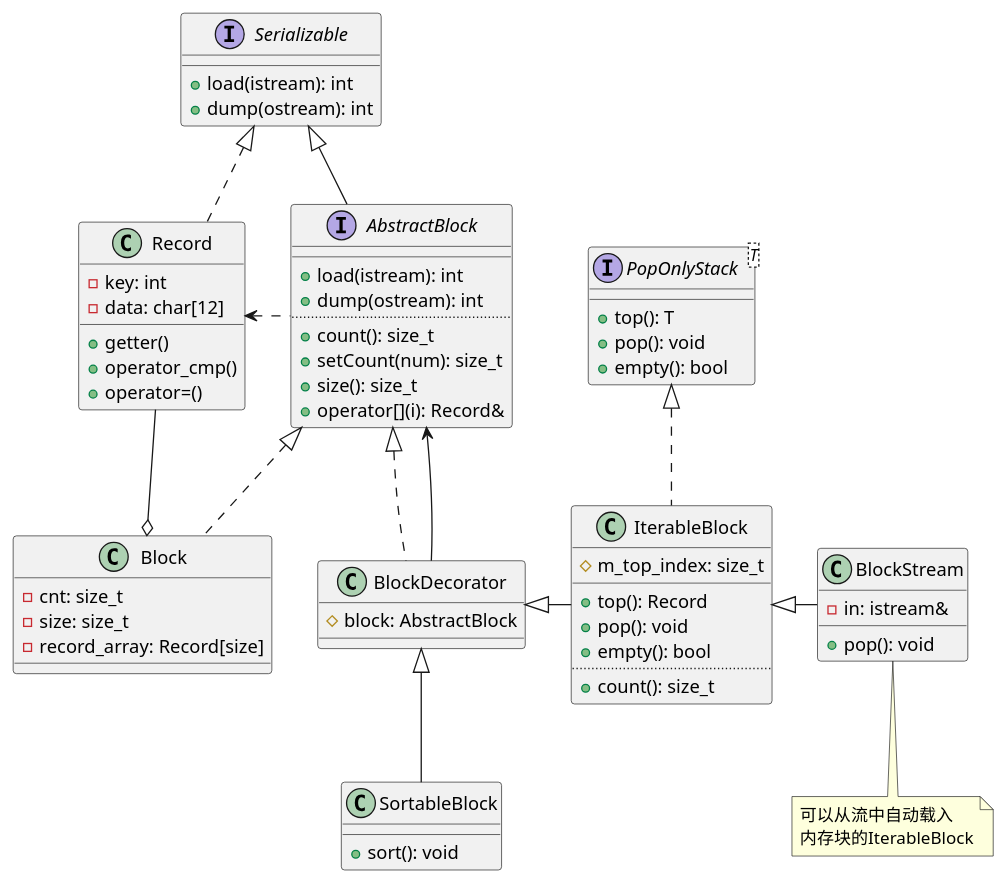
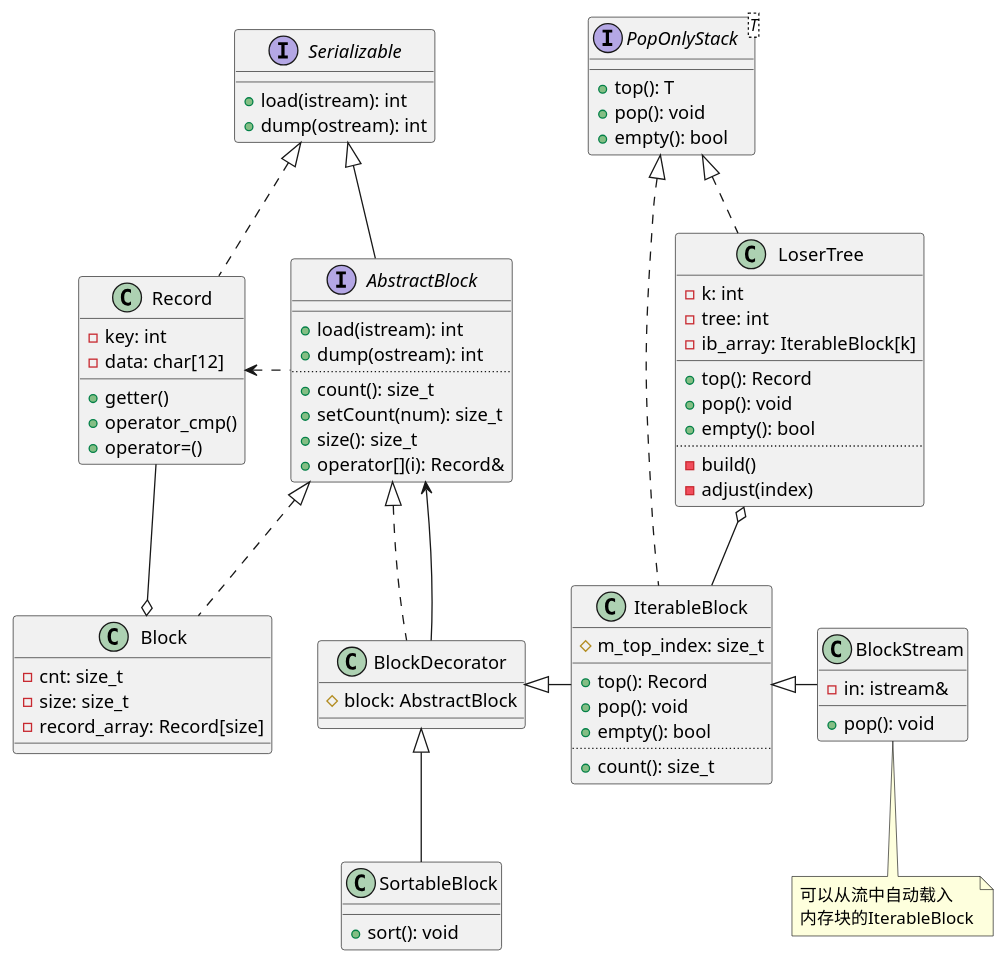
Before and after one commit to old6ix/HIT-Database-System-Labs: the diagram in docs/ClassDiagram.puml, drawn with PlantUML. The commit also changed 7 other files, not shown here.

```diff
--- a/docs/ClassDiagram.puml
+++ b/docs/ClassDiagram.puml
@@ -1,88 +1,104 @@
 interface Serializable
 {
     +load(istream): int
     +dump(ostream): int
 }
 
 class Record
 {
     -key: int
     -data: char[12]
     +getter()
     +operator_cmp()
     +operator=()
 }
 
 interface AbstractBlock
 {
     __
     +load(istream): int
     +dump(ostream): int
     ..
     +count(): size_t
     +setCount(num): size_t
     +size(): size_t
     +operator[](i): Record&
 }
 
 class Block
 {
     -cnt: size_t
     -size: size_t
     -record_array: Record[size]
 }
 
 class BlockDecorator
 {
     #block: AbstractBlock
 }
 
 class SortableBlock
 {
     +sort(): void
 }
 
 interface PopOnlyStack<T>
 {
     +top(): T
     +pop(): void
     +empty(): bool
 }
 
 class IterableBlock
 {
     #m_top_index: size_t
     __
     +top(): Record
     +pop(): void
     +empty(): bool
     ..
     +count(): size_t
 }
 
 class BlockStream
 {
     -in: istream&
     __
     +pop(): void
 }
 note bottom of BlockStream
     可以从流中自动载入
     内存块的IterableBlock
 endnote
 
+class LoserTree
+{
+    -k: int
+    -tree: int
+    -ib_array: IterableBlock[k]
+    __
+    +top(): Record
+    +pop(): void
+    +empty(): bool
+    ..
+    -build()
+    -adjust(index)
+}
+
 Serializable <|.. Record
 Serializable <|-- AbstractBlock
 AbstractBlock <|.. BlockDecorator
 AbstractBlock <-- BlockDecorator
 
 BlockDecorator <|-- SortableBlock
 BlockDecorator <|- IterableBlock
 IterableBlock <|- BlockStream
 
 Record <. AbstractBlock
 AbstractBlock <|.. Block
 
 PopOnlyStack <|.. IterableBlock
+PopOnlyStack <|.. LoserTree
 
 Record -o Block
+LoserTree o-- IterableBlock
```
